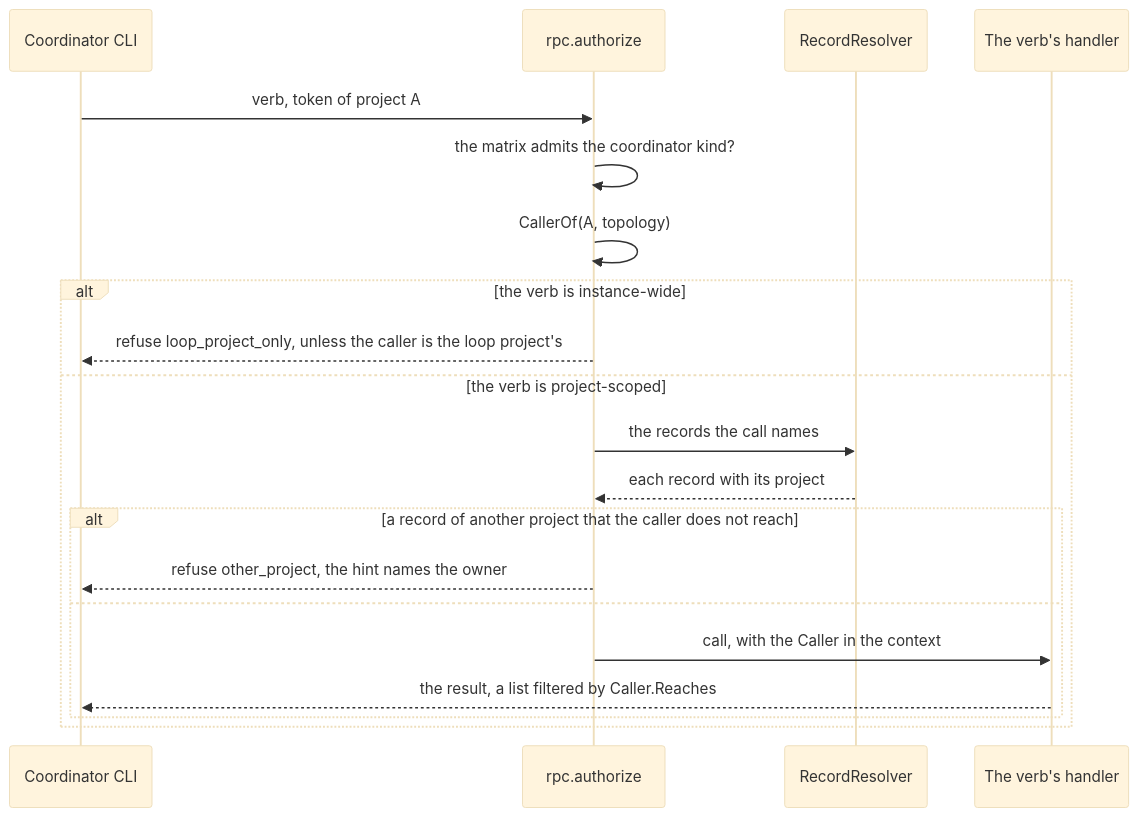
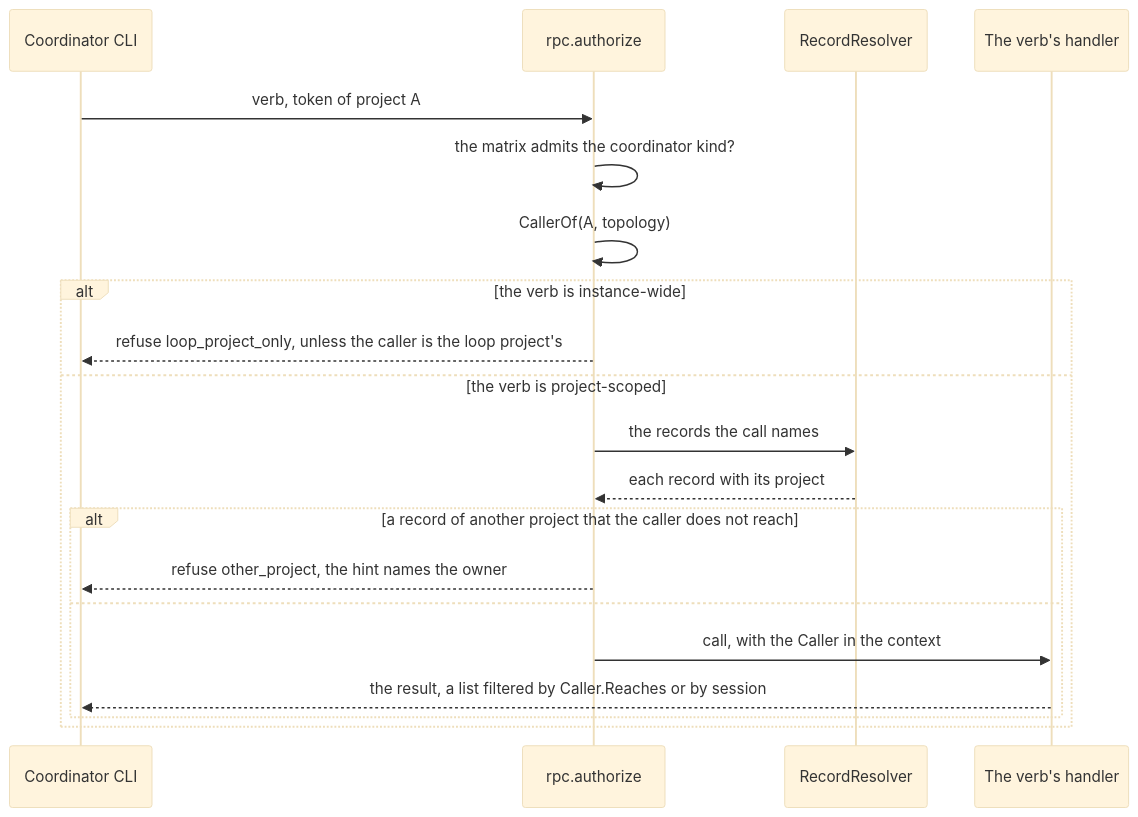
One commit to iantanwx/factory changed the third of 6 diagrams in docs/specs/factorio-1edo-project-home-coordinators-spec.md. Above: the diagram before and after it, drawn with Mermaid (base theme). The commit also changed other lines of this file, not shown here.

````diff
--- a/docs/specs/factorio-1edo-project-home-coordinators-spec.md
+++ b/docs/specs/factorio-1edo-project-home-coordinators-spec.md
@@ -615,22 +777,22 @@
 ```mermaid
 sequenceDiagram
     participant C as Coordinator CLI
     participant A as rpc.authorize
     participant X as RecordResolver
     participant V as The verb's handler
     C->>A: verb, token of project A
     A->>A: the matrix admits the coordinator kind?
     A->>A: CallerOf(A, topology)
     alt the verb is instance-wide
         A-->>C: refuse loop_project_only, unless the caller is the loop project's
     else the verb is project-scoped
         A->>X: the records the call names
         X-->>A: each record with its project
         alt a record of another project that the caller does not reach
             A-->>C: refuse other_project, the hint names the owner
         else
             A->>V: call, with the Caller in the context
-            V-->>C: the result, a list filtered by Caller.Reaches
+            V-->>C: the result, a list filtered by Caller.Reaches or by session
         end
     end
 ```
````
